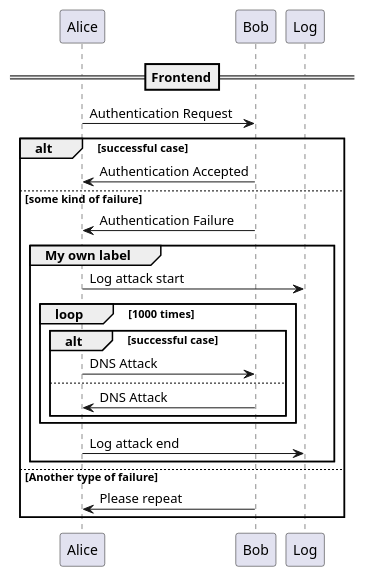
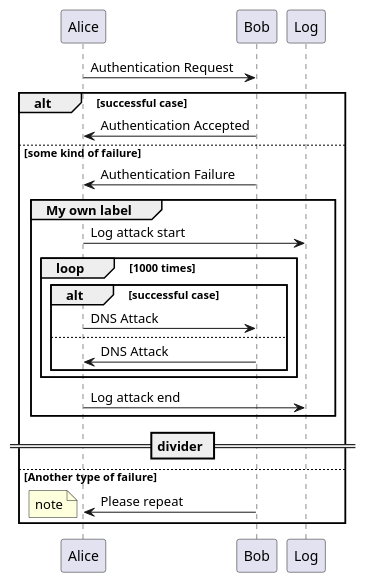
One commit to amne/architecture-viewer changed the diagram in sample_plantuml_data/alt nested group.puml. Above: the diagram before and after it, drawn with PlantUML.

Commit message:
Update alt nested group.puml

```diff
--- a/sample_plantuml_data/alt nested group.puml
+++ b/sample_plantuml_data/alt nested group.puml
@@ -1,24 +1,25 @@
 @startuml
 participant Alice
 participant Bob
-==Frontend==
 Alice -> Bob: Authentication Request
 alt successful case
 Bob -> Alice: Authentication Accepted
 else some kind of failure
 Bob -> Alice: Authentication Failure
 group My own label
 Alice -> Log : Log attack start
 loop 1000 times
 alt successful case
 Alice -> Bob: DNS Attack
 else
 Bob -> Alice: DNS Attack
 end
 end
 Alice -> Log : Log attack end
 end
+== divider ==
 else Another type of failure
 Bob -> Alice: Please repeat
+note left: note
 end
 @enduml
```
